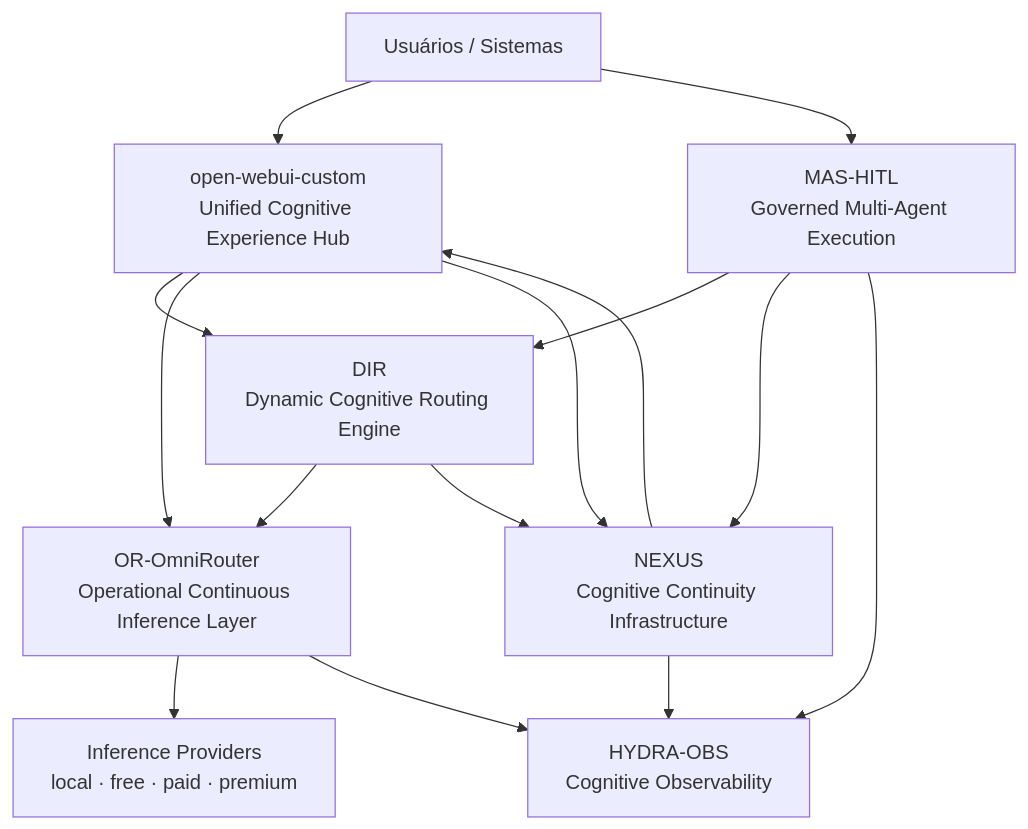
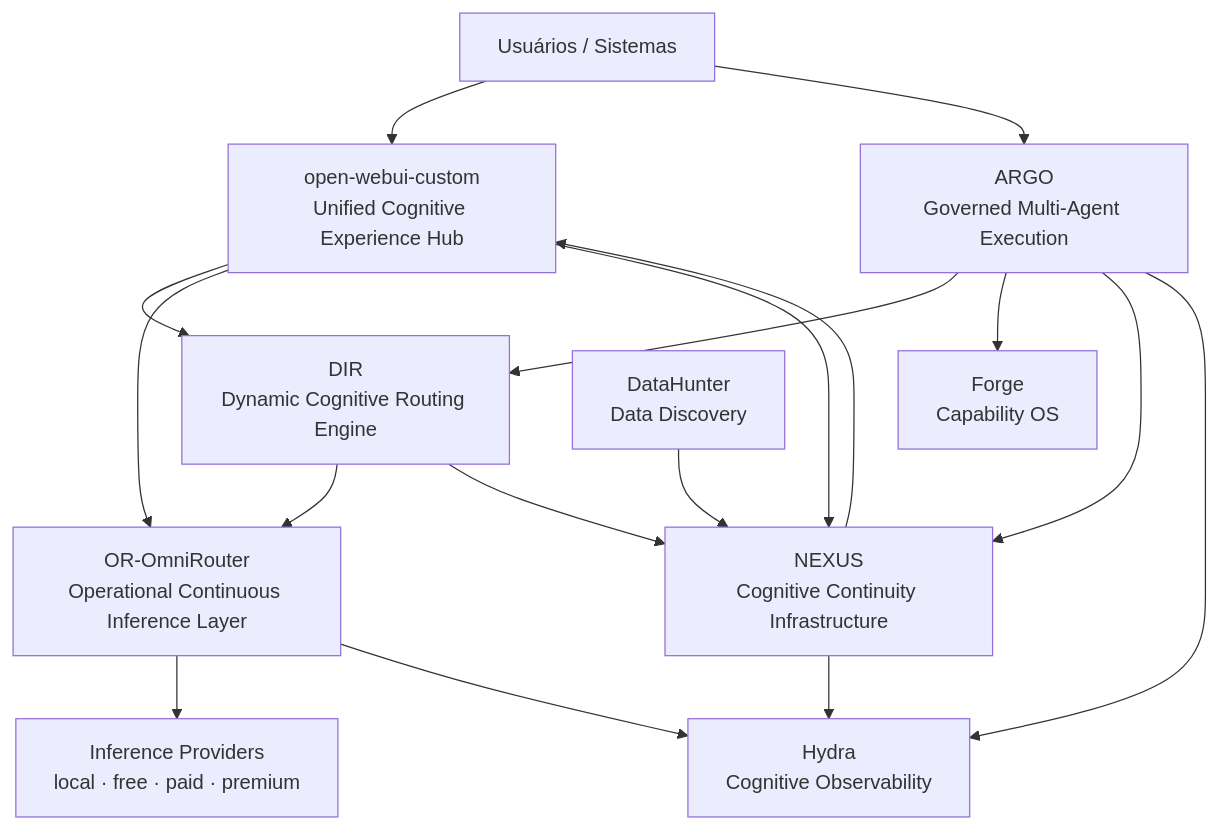
The first of 2 diagrams in profile/README.md (1-AI-Ecosystem-Lab/.github), drawn with Mermaid before and after one commit. The commit also changed other lines of this file, not shown here.

````diff
--- a/profile/README.md
+++ b/profile/README.md
@@ -112,22 +114,25 @@
 ```mermaid
 flowchart TD
     U[Usuários / Sistemas] --> OW[open-webui-custom<br/>Unified Cognitive Experience Hub]
-    U --> MAS[MAS-HITL<br/>Governed Multi-Agent Execution]
+    U --> ARGO[ARGO<br/>Governed Multi-Agent Execution]
 
     OW --> DIR[DIR<br/>Dynamic Cognitive Routing Engine]
-    MAS --> DIR
+    ARGO --> DIR
 
     DIR --> OR[OR-OmniRouter<br/>Operational Continuous Inference Layer]
     OW --> OR
 
     OR --> P[Inference Providers<br/>local · free · paid · premium]
 
+    ARGO --> FORGE[Forge<br/>Capability OS]
+
+    DH[DataHunter<br/>Data Discovery] --> NEXUS
     OW --> NEXUS[NEXUS<br/>Cognitive Continuity Infrastructure]
-    MAS --> NEXUS
+    ARGO --> NEXUS
     DIR --> NEXUS
-    OR --> OBS[HYDRA-OBS<br/>Cognitive Observability]
-    MAS --> OBS
+    OR --> OBS[Hydra<br/>Cognitive Observability]
+    ARGO --> OBS
     NEXUS --> OBS
 
     NEXUS --> OW
 ```
````
